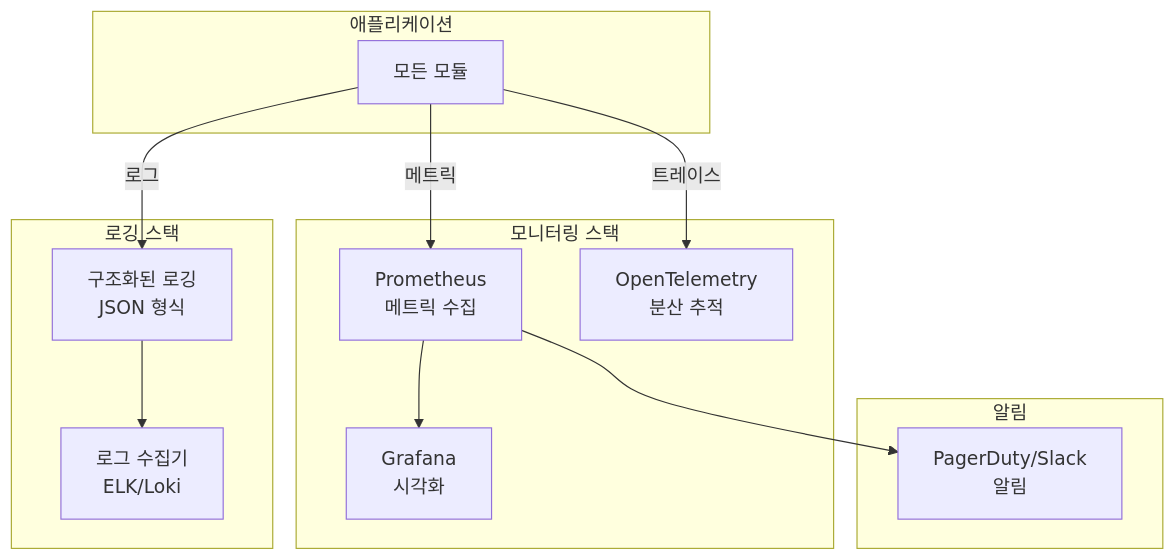
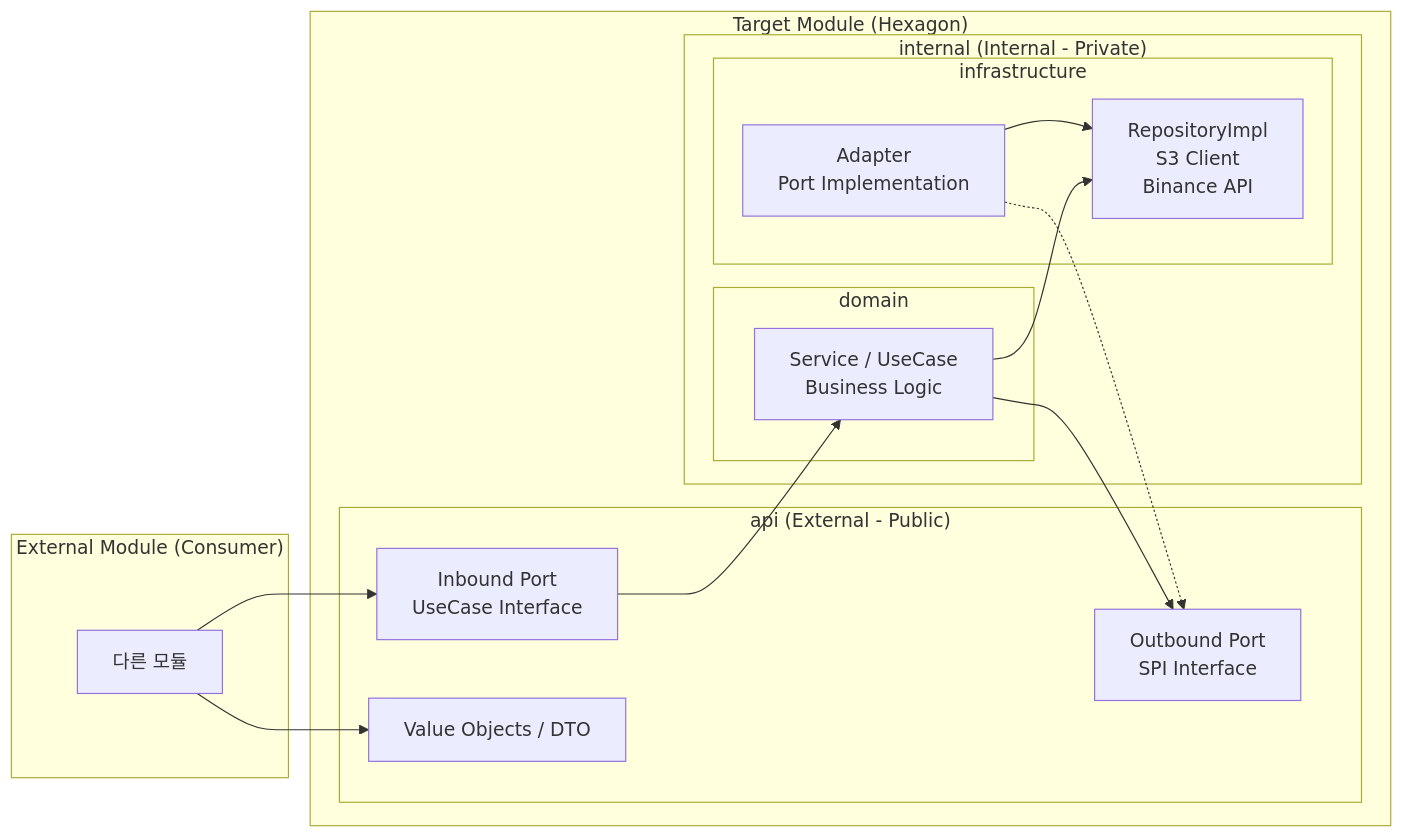
One commit to xi-jjun/trading-core changed the second of 2 diagrams in docs/architecture/ARCHITECTURE.md. Above: the diagram before and after it, drawn with Mermaid. The commit also changed other lines of this file, not shown here.

````diff
--- a/docs/architecture/ARCHITECTURE.md
+++ b/docs/architecture/ARCHITECTURE.md
@@ -613,28 +97,32 @@
 ```mermaid
-graph TB
-    subgraph "애플리케이션"
-        APP[모든 모듈]
+graph LR
+    subgraph "External Module (Consumer)"
+        CONSUMER[다른 모듈]
     end
 
-    subgraph "모니터링 스택"
-        PROMETHEUS[Prometheus<br/>메트릭 수집]
-        GRAFANA[Grafana<br/>시각화]
-        OTEL[OpenTelemetry<br/>분산 추적]
+    subgraph "Target Module (Hexagon)"
+        subgraph "api (External - Public)"
+            IN_P[Inbound Port<br/>UseCase Interface]
+            OUT_P[Outbound Port<br/>SPI Interface]
+            VO[Value Objects / DTO]
+        end
+
+        subgraph "internal (Internal - Private)"
+            subgraph "domain"
+                SVC[Service / UseCase<br/>Business Logic]
+            end
+            subgraph "infrastructure"
+                Implementation[RepositoryImpl<br/>S3 Client<br/>Binance API]
+                ADAPTER[Adapter<br/>Port Implementation]
+            end
+        end
     end
 
-    subgraph "로깅 스택"
-        LOG[구조화된 로깅<br/>JSON 형식]
-        LOG_AGG[로그 수집기<br/>ELK/Loki]
-    end
-
-    subgraph "알림"
-        ALERT[PagerDuty/Slack<br/>알림]
-    end
-
-    APP -->|메트릭| PROMETHEUS
-    APP -->|트레이스| OTEL
-    APP -->|로그| LOG
-    PROMETHEUS --> GRAFANA
-    PROMETHEUS --> ALERT
-    LOG --> LOG_AGG
+    CONSUMER --> IN_P
+    CONSUMER --> VO
+    IN_P --> SVC
+    SVC --> Implementation
+    SVC --> OUT_P
+    ADAPTER -.-> OUT_P
+    ADAPTER --> Implementation
 ```
````
